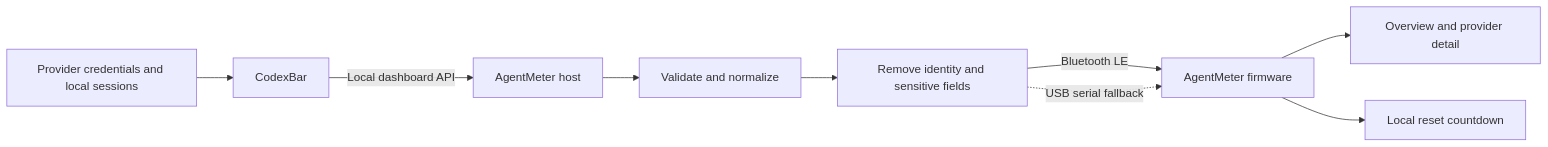
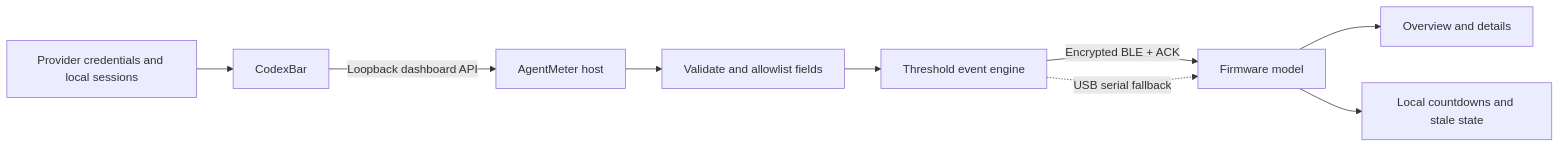
One commit to prabhavalabs/agentmeter changed the diagram in docs/architecture.md. Above: the diagram before and after it, drawn with Mermaid. The commit also changed other lines of this file and 47 other files, not shown here.

Commit message:
feat: add live BLE usage dashboard

````diff
--- a/docs/architecture.md
+++ b/docs/architecture.md
@@ -7,11 +7,11 @@
 ```mermaid
 flowchart LR
     A["Provider credentials and local sessions"] --> B["CodexBar"]
-    B -->|"Local dashboard API"| C["AgentMeter host"]
-    C --> D["Validate and normalize"]
-    D --> E["Remove identity and sensitive fields"]
-    E -->|"Bluetooth LE"| F["AgentMeter firmware"]
+    B -->|"Loopback dashboard API"| C["AgentMeter host"]
+    C --> D["Validate and allowlist fields"]
+    D --> E["Threshold event engine"]
+    E -->|"Encrypted BLE + ACK"| F["Firmware model"]
     E -.->|"USB serial fallback"| F
-    F --> G["Overview and provider detail"]
-    F --> H["Local reset countdown"]
+    F --> G["Overview and details"]
+    F --> H["Local countdowns and stale state"]
 ```
````
